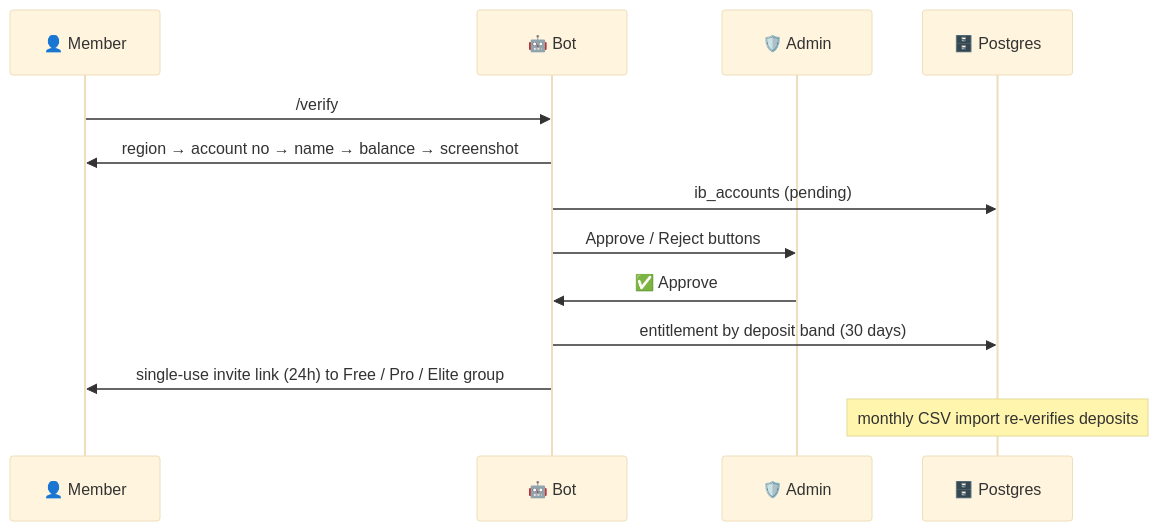
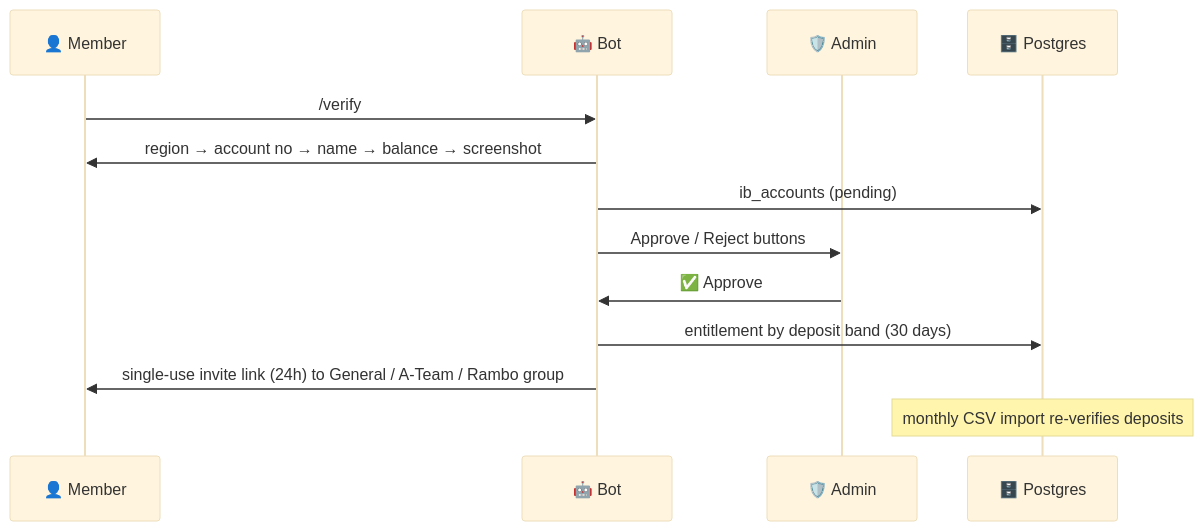
One commit to printezy247/website_sam changed the third of 4 diagrams in README.md. Above: the diagram before and after it, drawn with Mermaid (base theme). The commit also changed other lines of this file and 23 other files, not shown here.

First line of the commit message:
Copy refresh: General / A-Team / Rambo ranks, cooler voice, header wordmark fix (#28)

````diff
--- a/README.md
+++ b/README.md
@@ -157,15 +157,15 @@
 ```mermaid
 sequenceDiagram
     participant U as 👤 Member
     participant B as 🤖 Bot
     participant A as 🛡️ Admin
     participant DB as 🗄️ Postgres
     U->>B: /verify
     B->>U: region → account no → name → balance → screenshot
     B->>DB: ib_accounts (pending)
     B->>A: Approve / Reject buttons
     A->>B: ✅ Approve
     B->>DB: entitlement by deposit band (30 days)
-    B->>U: single-use invite link (24h) to Free / Pro / Elite group
+    B->>U: single-use invite link (24h) to General / A-Team / Rambo group
     Note over DB: monthly CSV import re-verifies deposits
 ```
````
